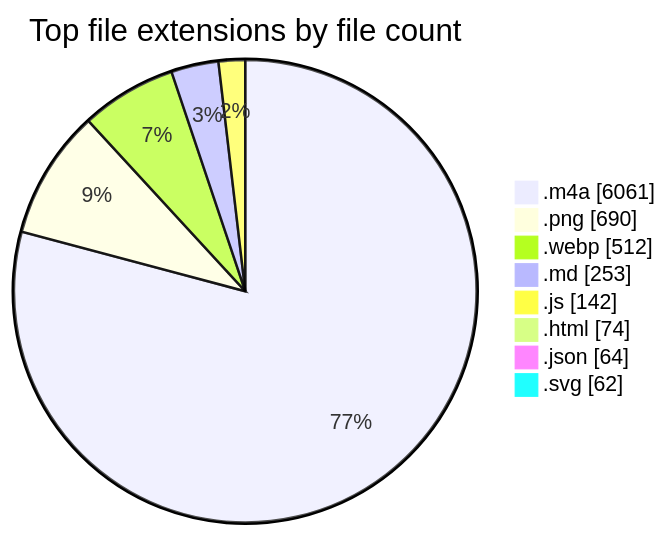
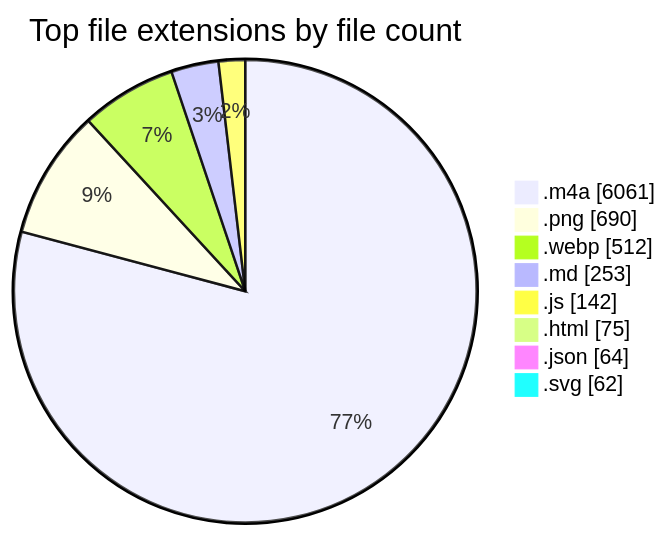
The second of 2 diagrams in README.md (tchinso/tchinso), drawn with Mermaid before and after one commit. The commit also changed other lines of this file, not shown here.

````diff
--- a/README.md
+++ b/README.md
@@ -53,12 +53,12 @@
 ```mermaid
 pie showData
     title Top file extensions by file count
     ".m4a" : 6061
     ".png" : 690
     ".webp" : 512
     ".md" : 253
     ".js" : 142
-    ".html" : 74
+    ".html" : 75
     ".json" : 64
     ".svg" : 62
 ```
````
